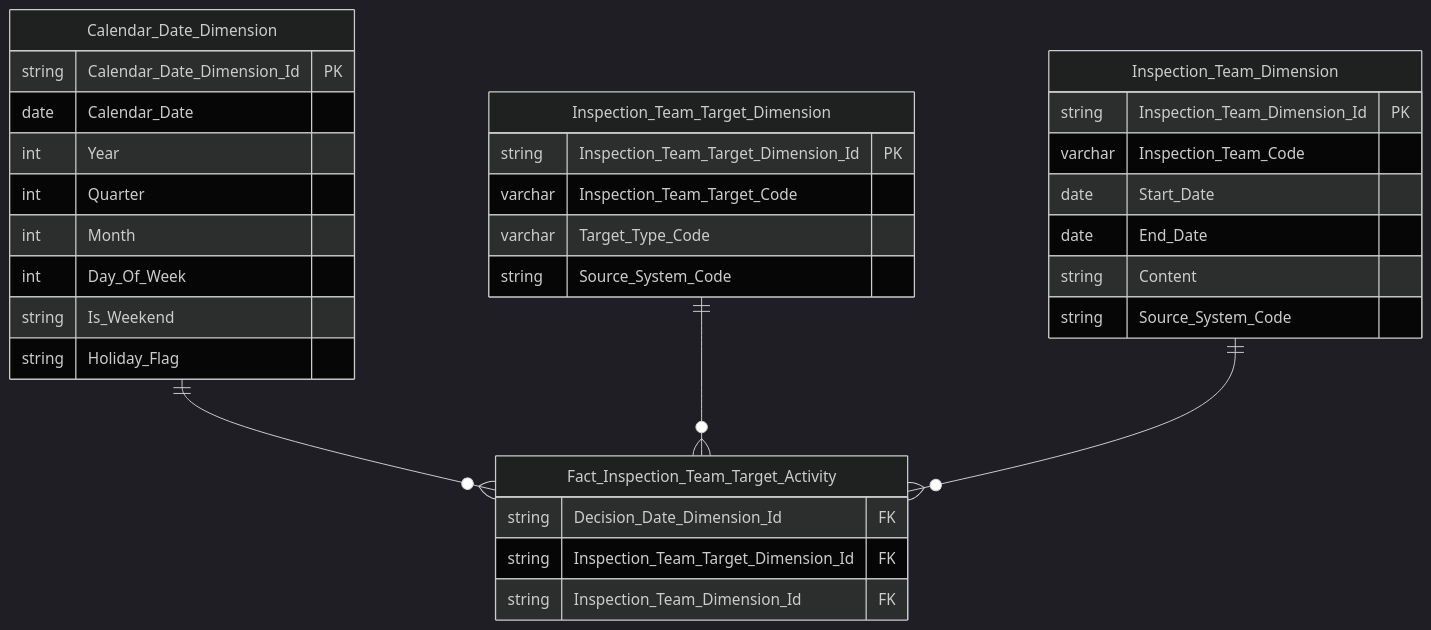
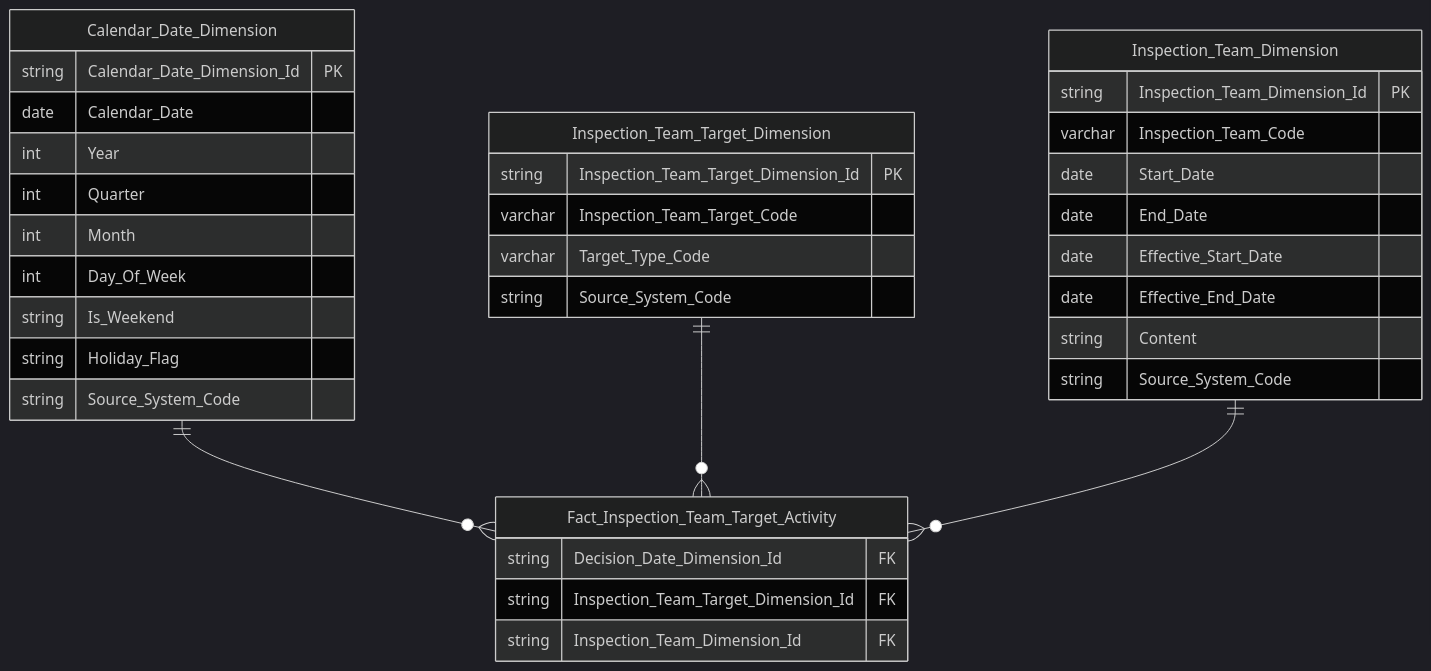
Before and after one commit to linhlvit/ubck_atomic_design: diagram 22 of 54 in Datamart/hld/DTM_TT_HLD.md, drawn with Mermaid (dark theme). The commit also changed other lines of this file and 10 other files, not shown here.

First line of the commit message:
feat(TT): cap nhat thiet ke theo SQL BA moi cho STT 1, 2, 5, 6, 7, 10 (effective start/end date va status_code)

````diff
--- a/Datamart/hld/DTM_TT_HLD.md
+++ b/Datamart/hld/DTM_TT_HLD.md
@@ -836,35 +862,38 @@
 ```mermaid
 erDiagram
     Calendar_Date_Dimension ||--o{ Fact_Inspection_Team_Target_Activity : " "
     Inspection_Team_Target_Dimension ||--o{ Fact_Inspection_Team_Target_Activity : " "
     Inspection_Team_Dimension ||--o{ Fact_Inspection_Team_Target_Activity : " "
     Fact_Inspection_Team_Target_Activity {
         string Decision_Date_Dimension_Id FK
         string Inspection_Team_Target_Dimension_Id FK
         string Inspection_Team_Dimension_Id FK
     }
     Calendar_Date_Dimension {
         string Calendar_Date_Dimension_Id PK
         date Calendar_Date
         int Year
         int Quarter
         int Month
         int Day_Of_Week
         string Is_Weekend
         string Holiday_Flag
+        string Source_System_Code
     }
     Inspection_Team_Target_Dimension {
         string Inspection_Team_Target_Dimension_Id PK
         varchar Inspection_Team_Target_Code
         varchar Target_Type_Code
         string Source_System_Code
     }
     Inspection_Team_Dimension {
         string Inspection_Team_Dimension_Id PK
         varchar Inspection_Team_Code
         date Start_Date
         date End_Date
+        date Effective_Start_Date
+        date Effective_End_Date
         string Content
         string Source_System_Code
     }
 ```
````
